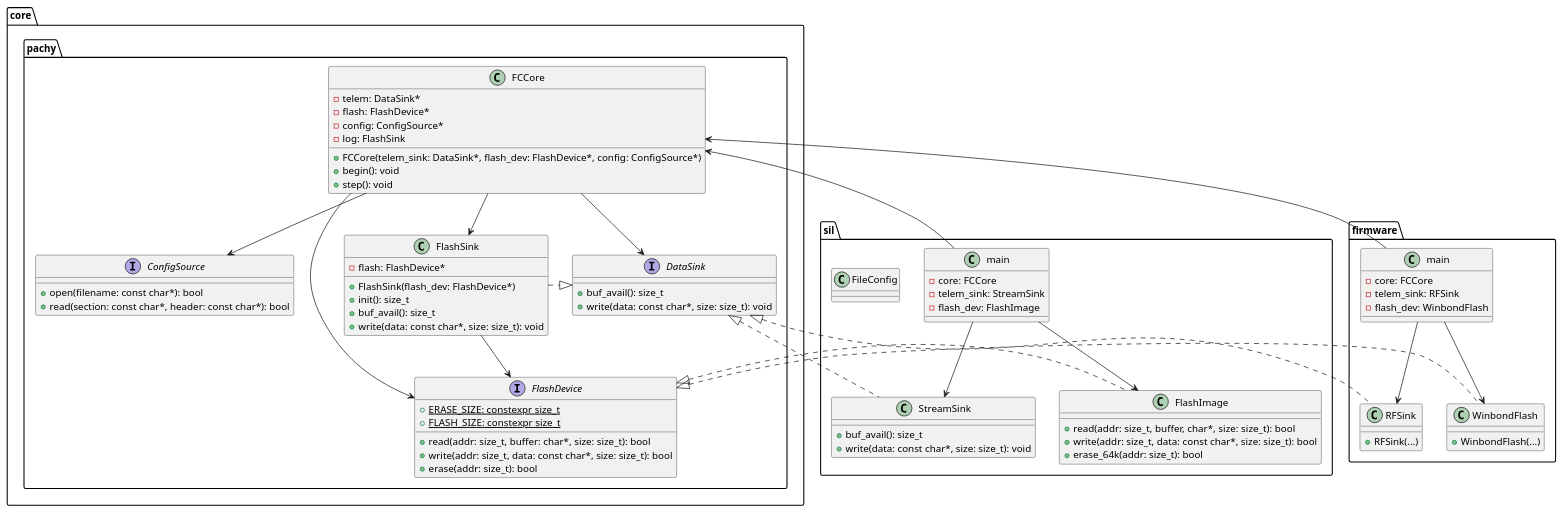
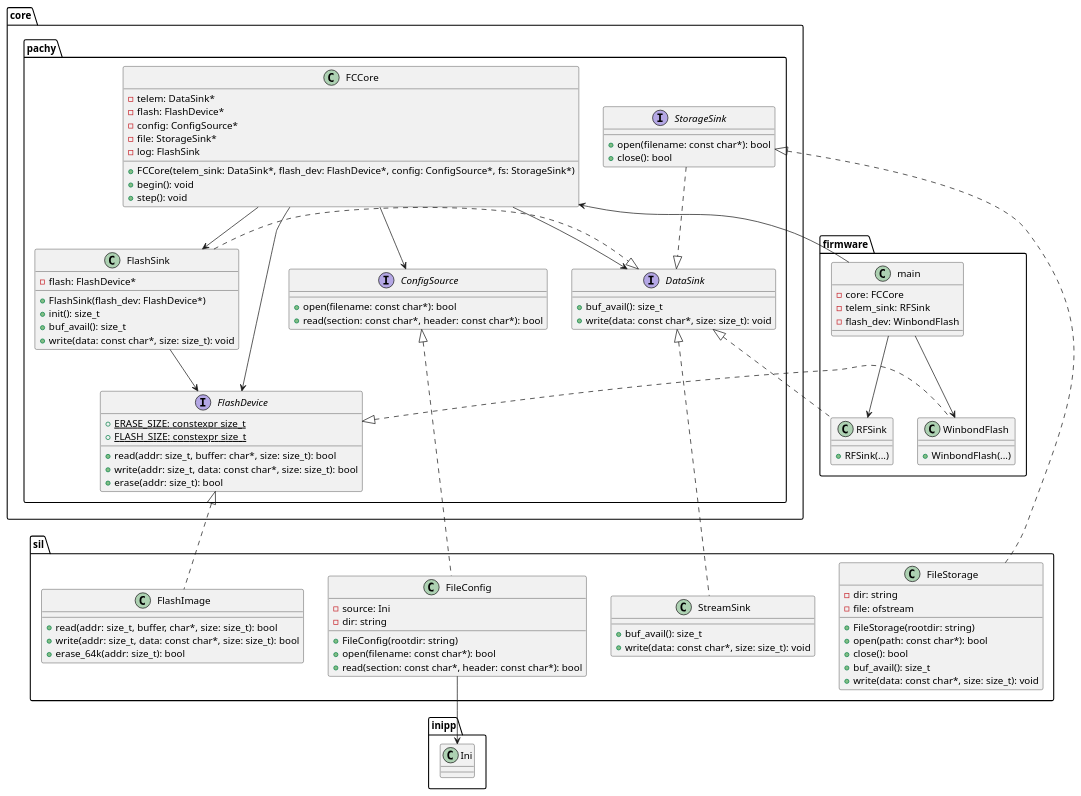
The diagram in pachyderm.puml (Rose-Rocketry/pachyderm-fc-core), drawn with PlantUML before and after one commit. The commit also changed 3 other files, not shown here.

```diff
--- a/pachyderm.puml
+++ b/pachyderm.puml
@@ -1,97 +1,118 @@
 @startuml
 
 package core {
     package pachy {
         class FCCore {
             - telem: DataSink*
             - flash: FlashDevice*
             - config: ConfigSource*
+            - file: StorageSink*
             - log: FlashSink
-            + FCCore(telem_sink: DataSink*, flash_dev: FlashDevice*, config: ConfigSource*)
+            + FCCore(telem_sink: DataSink*, flash_dev: FlashDevice*, config: ConfigSource*, fs: StorageSink*)
             + begin(): void
             + step(): void
         }
         FCCore --> DataSink
         FCCore --> FlashDevice
         FCCore --> FlashSink
         FCCore --> ConfigSource
 
         interface DataSink {
             + buf_avail(): size_t
             + write(data: const char*, size: size_t): void
         }
 
         interface FlashDevice {
             + {static} ERASE_SIZE: constexpr size_t 
             + {static} FLASH_SIZE: constexpr size_t
             + read(addr: size_t, buffer: char*, size: size_t): bool
             + write(addr: size_t, data: const char*, size: size_t): bool
             + erase(addr: size_t): bool
         }
 
         interface ConfigSource {
             + open(filename: const char*): bool
             + read(section: const char*, header: const char*): bool
         }
 
+        interface StorageSink {
+            + open(filename: const char*): bool
+            + close(): bool
+        }
+        StorageSink ..|> DataSink
+
         class FlashSink {
             - flash: FlashDevice*
             + FlashSink(flash_dev: FlashDevice*)
             + init(): size_t
             + buf_avail(): size_t
             + write(data: const char*, size: size_t): void
         }
         FlashSink --> FlashDevice
         FlashSink .r.|> DataSink
     }
 }
 
+package inipp {
+    class Ini {
+    } 
+}
+
 package sil {
-    class main {
-        - core: FCCore
-        - telem_sink: StreamSink
-        - flash_dev: FlashImage
-    }
-    main --> core.pachy.FCCore
-    main --> StreamSink
-    main --> FlashImage
-
     class StreamSink {
         + buf_avail(): size_t
         + write(data: const char*, size: size_t): void
     }
     StreamSink .u.|> core.pachy.DataSink
 
     class FlashImage {
         + read(addr: size_t, buffer, char*, size: size_t): bool
         + write(addr: size_t, data: const char*, size: size_t): bool
         + erase_64k(addr: size_t): bool
     }
     FlashImage .u.|> core.pachy.FlashDevice
 
     class FileConfig {
+        - source: Ini
+        - dir: string
+        + FileConfig(rootdir: string)
+        + open(filename: const char*): bool
+        + read(section: const char*, header: const char*): bool
+        
+    }
+    FileConfig .u.|> core.pachy.ConfigSource
+    FileConfig --> inipp.Ini
 
+    class FileStorage {
+        - dir: string
+        - file: ofstream
+        + FileStorage(rootdir: string)
+        + open(path: const char*): bool
+        + close(): bool
+        + buf_avail(): size_t
+        + write(data: const char*, size: size_t): void
     }
+    FileStorage .u.|> core.pachy.StorageSink
 }
 
 package firmware {
     class main {
         - core: FCCore
         - telem_sink: RFSink
         - flash_dev: WinbondFlash
     }
     main --> core.pachy.FCCore
     main --> RFSink
     main --> WinbondFlash
 
     class RFSink {
         + RFSink(...)
     }
     RFSink .u.|> core.pachy.DataSink
 
     class WinbondFlash {
         + WinbondFlash(...)
     }
     WinbondFlash .u.|> core.pachy.FlashDevice
 }
 @enduml
```
